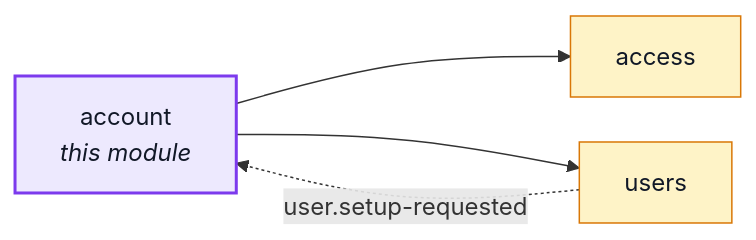
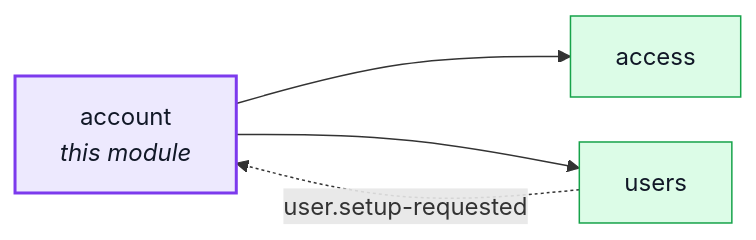
One commit to Guebbit/boilerplate-node-backend changed the first of 3 diagrams in docs/modules/account.md. Above: the diagram before and after it, drawn with Mermaid. The commit also changed 13 other files, not shown here.

First line of the commit message:
docs(modules): relabel Identity & Access as one generic context

````diff
--- a/docs/modules/account.md
+++ b/docs/modules/account.md
@@ -16,18 +16,18 @@
 ```mermaid
 %%{init: {'flowchart': {'nodeSpacing': 30, 'rankSpacing': 60}}}%%
 flowchart LR
     account["account<br/><i>this module</i>"]
     access["access"]
     users["users"]
 
     account --> access
     account --> users
     users -. "user.setup-requested" .-> account
 
     classDef core fill:#dbeafe,stroke:#2563eb,color:#111827;
     classDef supporting fill:#fef3c7,stroke:#d97706,color:#111827;
     classDef generic fill:#dcfce7,stroke:#16a34a,color:#111827;
     classDef centre fill:#ede9fe,stroke:#7c3aed,stroke-width:2px,color:#111827;
-    class access,users supporting;
+    class access,users generic;
     class account centre;
 ```
````
